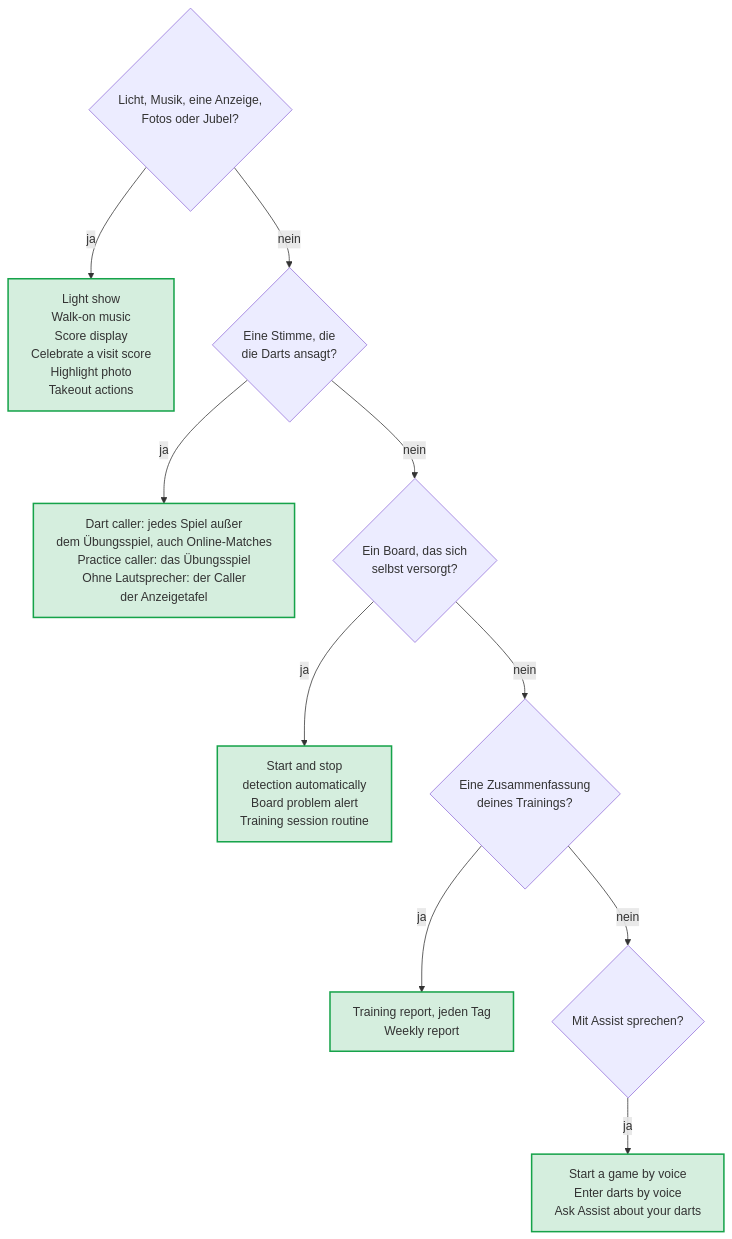
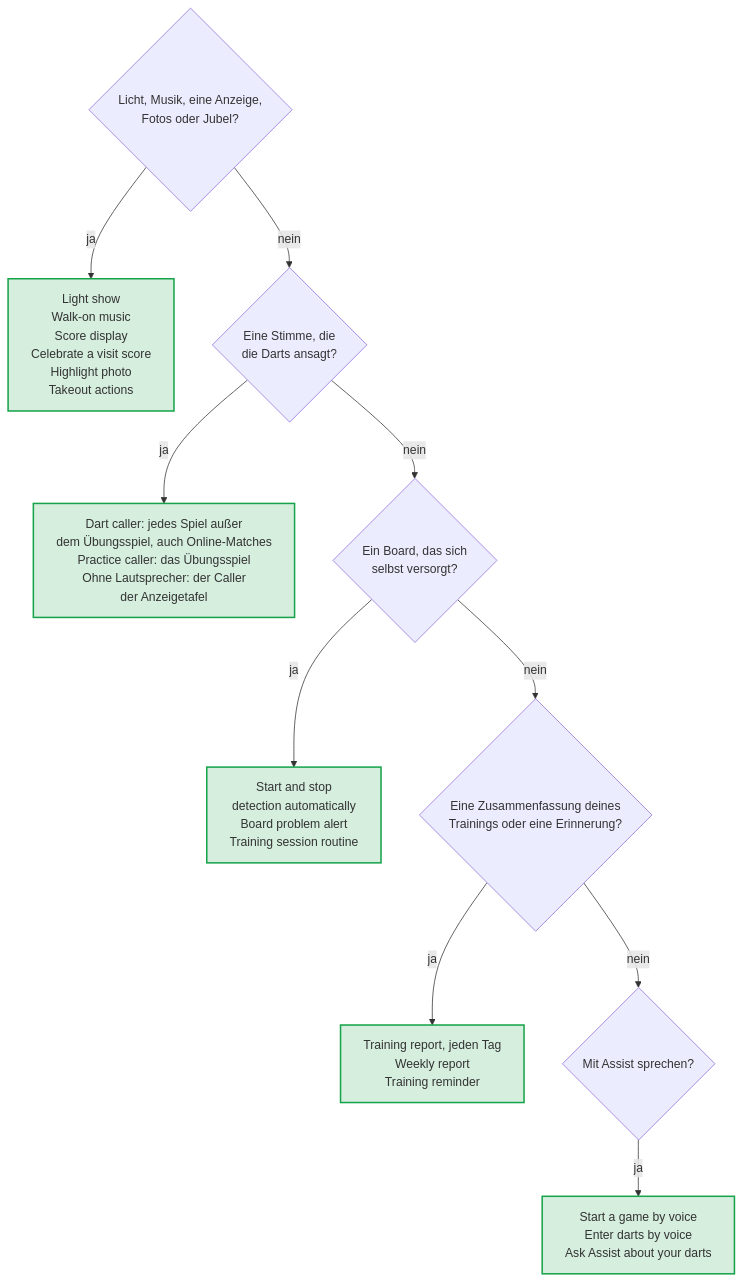
One commit to Dennis-Otto/homedarts-for-autodarts changed the diagram in docs/diagrams/choose-blueprint.de.mmd. Above: the diagram before and after it, drawn with Mermaid. The commit also changed 38 other files, not shown here.

```diff
--- a/docs/diagrams/choose-blueprint.de.mmd
+++ b/docs/diagrams/choose-blueprint.de.mmd
@@ -1,19 +1,19 @@
 ---
 config:
   flowchart:
     wrappingWidth: 400
 ---
 flowchart TB
   accTitle: Welcher Blueprint passt
-  accDescr: Für Licht, Musik, eine Pixelanzeige, Fotos und Jubel nimm die Blueprints Light show, Walk-on music, Score display, Celebrate a visit score, Highlight photo oder Takeout actions. Zum Ansagen der Darts nimm den Dart caller für jedes Spiel außer dem Übungsspiel, auch Online-Matches, und den Practice caller für das Übungsspiel; der Caller der Anzeigetafel braucht keine Lautsprecher in Home Assistant. Für ein Board, das sich selbst versorgt, nimm Start and stop detection automatically, Board problem alert oder Training session routine. Für eine Zusammenfassung deines Trainings nimm den Training report jeden Tag oder den Weekly report. Um mit Assist zu sprechen, nimm Start a game by voice, Enter darts by voice oder Ask Assist about your darts.
+  accDescr: Für Licht, Musik, eine Pixelanzeige, Fotos und Jubel nimm die Blueprints Light show, Walk-on music, Score display, Celebrate a visit score, Highlight photo oder Takeout actions. Zum Ansagen der Darts nimm den Dart caller für jedes Spiel außer dem Übungsspiel, auch Online-Matches, und den Practice caller für das Übungsspiel; der Caller der Anzeigetafel braucht keine Lautsprecher in Home Assistant. Für ein Board, das sich selbst versorgt, nimm Start and stop detection automatically, Board problem alert oder Training session routine. Für eine Zusammenfassung deines Trainings oder eine Erinnerung daran nimm den Training report jeden Tag, den Weekly report oder den Training reminder. Um mit Assist zu sprechen, nimm Start a game by voice, Enter darts by voice oder Ask Assist about your darts.
   MOOD{"Licht, Musik, eine Anzeige,<br/>Fotos oder Jubel?"} -- "ja" --> MOODS["Light show<br/>Walk-on music<br/>Score display<br/>Celebrate a visit score<br/>Highlight photo<br/>Takeout actions"]
   MOOD -- "nein" --> CALL{"Eine Stimme, die<br/>die Darts ansagt?"}
   CALL -- "ja" --> CALLS["Dart caller: jedes Spiel außer<br/>dem Übungsspiel, auch Online-Matches<br/>Practice caller: das Übungsspiel<br/>Ohne Lautsprecher: der Caller<br/>der Anzeigetafel"]
   CALL -- "nein" --> CARE{"Ein Board, das sich<br/>selbst versorgt?"}
   CARE -- "ja" --> CARES["Start and stop<br/>detection automatically<br/>Board problem alert<br/>Training session routine"]
-  CARE -- "nein" --> REPORT{"Eine Zusammenfassung<br/>deines Trainings?"}
-  REPORT -- "ja" --> REPORTS["Training report, jeden Tag<br/>Weekly report"]
+  CARE -- "nein" --> REPORT{"Eine Zusammenfassung deines<br/>Trainings oder eine Erinnerung?"}
+  REPORT -- "ja" --> REPORTS["Training report, jeden Tag<br/>Weekly report<br/>Training reminder"]
   REPORT -- "nein" --> VOICE{"Mit Assist sprechen?"}
   VOICE -- "ja" --> VOICES["Start a game by voice<br/>Enter darts by voice<br/>Ask Assist about your darts"]
   classDef done fill:#16a34a2e,stroke:#16a34a,stroke-width:2px
   class MOODS,CALLS,CARES,REPORTS,VOICES done
```
